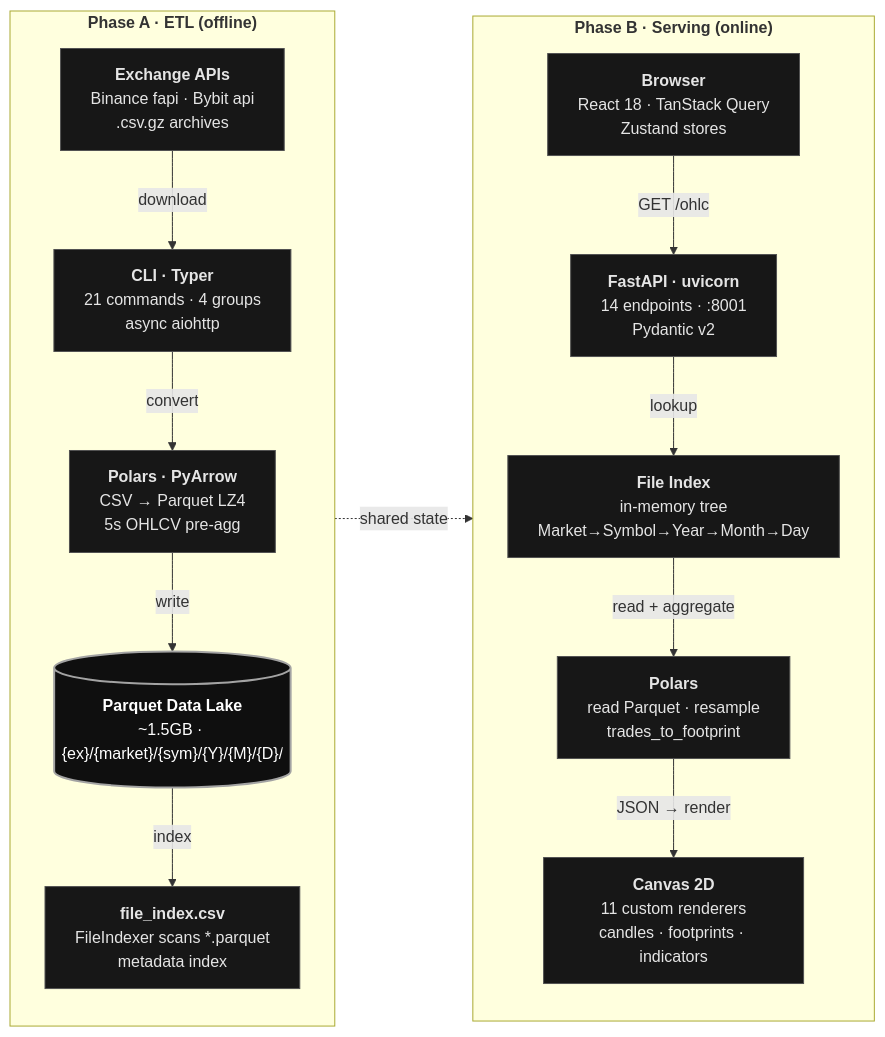
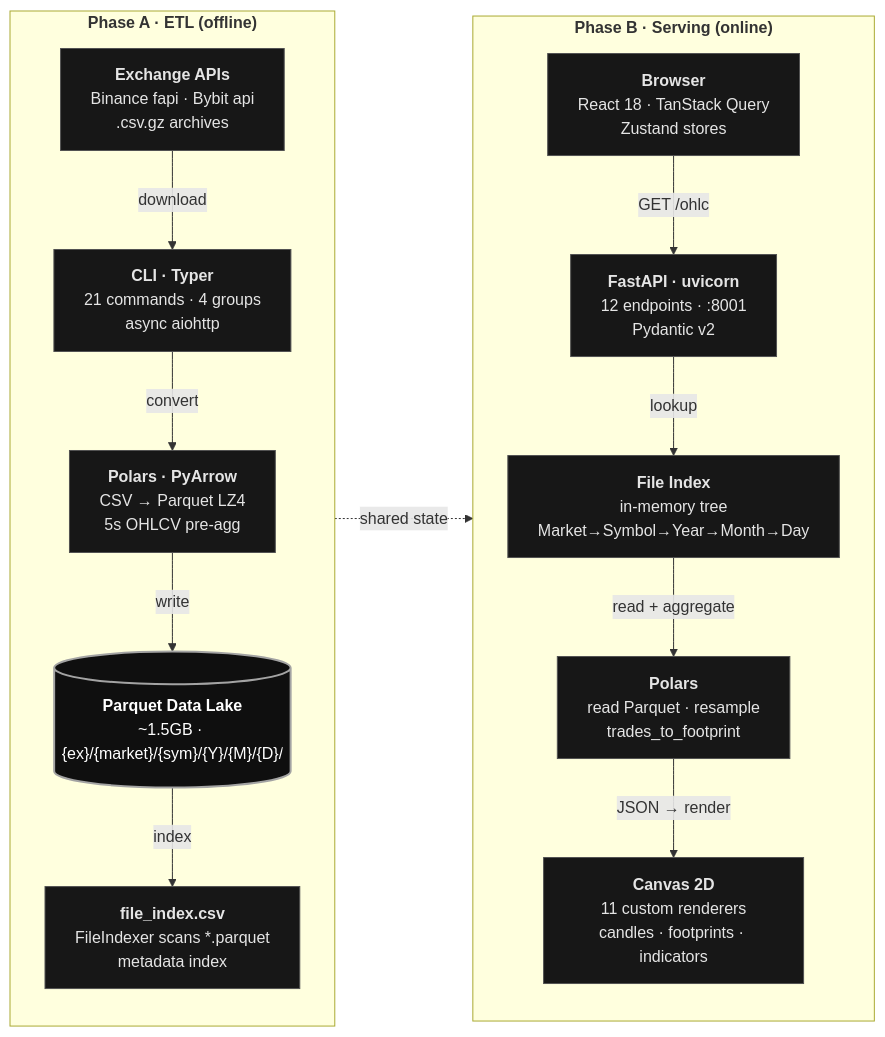
One commit to M4Marvin/main-site changed the diagram in diagrams/charts/charts-pipeline.mmd. Above: the diagram before and after it, drawn with Mermaid. The commit also changed 42 other files, not shown here.

```diff
--- a/diagrams/charts/charts-pipeline.mmd
+++ b/diagrams/charts/charts-pipeline.mmd
@@ -1,37 +1,37 @@
 flowchart LR
     subgraph PHASE_A["<b>Phase A · ETL (offline)</b>"]
         direction TB
         A1["<b>Exchange APIs</b><br/>Binance fapi · Bybit api<br/>.csv.gz archives"]
         A2["<b>CLI · Typer</b><br/>21 commands · 4 groups<br/>async aiohttp"]
         A3["<b>Polars · PyArrow</b><br/>CSV → Parquet LZ4<br/>5s OHLCV pre-agg"]
         A4[("<b>Parquet Data Lake</b><br/>~1.5GB · {ex}/{market}/{sym}/{Y}/{M}/{D}/")]
         A5["<b>file_index.csv</b><br/>FileIndexer scans *.parquet<br/>metadata index"]
 
         A1 -->|"download"| A2
         A2 -->|"convert"| A3
         A3 -->|"write"| A4
         A4 -->|"index"| A5
     end
 
     subgraph PHASE_B["<b>Phase B · Serving (online)</b>"]
         direction TB
         B1["<b>Browser</b><br/>React 18 · TanStack Query<br/>Zustand stores"]
-        B2["<b>FastAPI · uvicorn</b><br/>14 endpoints · :8001<br/>Pydantic v2"]
+        B2["<b>FastAPI · uvicorn</b><br/>12 endpoints · :8001<br/>Pydantic v2"]
         B3["<b>File Index</b><br/>in-memory tree<br/>Market→Symbol→Year→Month→Day"]
         B4["<b>Polars</b><br/>read Parquet · resample<br/>trades_to_footprint"]
         B5["<b>Canvas 2D</b><br/>11 custom renderers<br/>candles · footprints · indicators"]
 
         B1 -->|"GET /ohlc"| B2
         B2 -->|"lookup"| B3
         B3 -->|"read + aggregate"| B4
         B4 -->|"JSON → render"| B5
     end
 
     A4 -.->|"shared state"| B3
 
     classDef phaseBoundary fill:none,stroke:#525252,stroke-width:1px,stroke-dasharray:4 2,color:#737373
     classDef dataStore fill:#0f0f0f,stroke:#a3a3a3,stroke-width:2px,color:#ffffff
     classDef component fill:#171717,stroke:#525252,stroke-width:1px,color:#e5e5e5
 
     class A4 dataStore
     class A1,A2,A3,A5,B1,B2,B3,B4,B5 component
```
